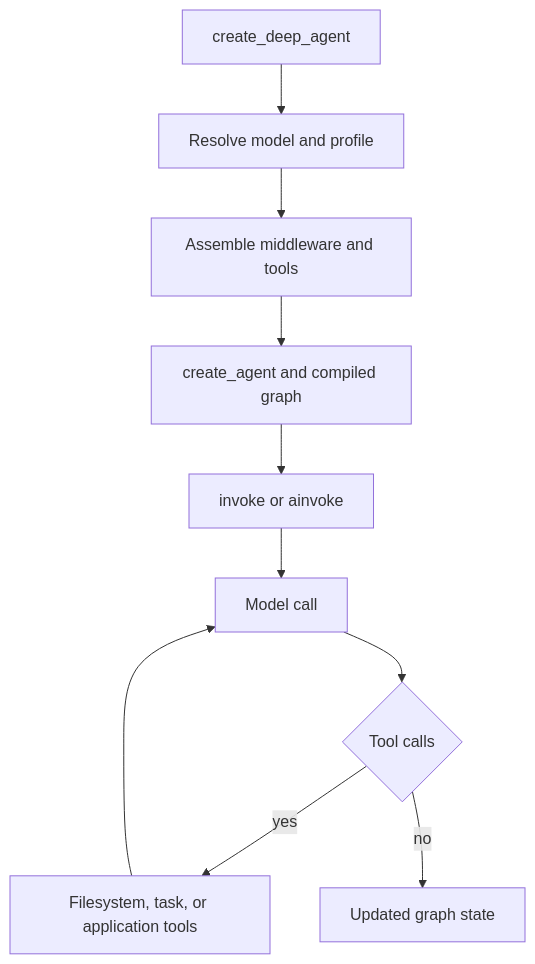
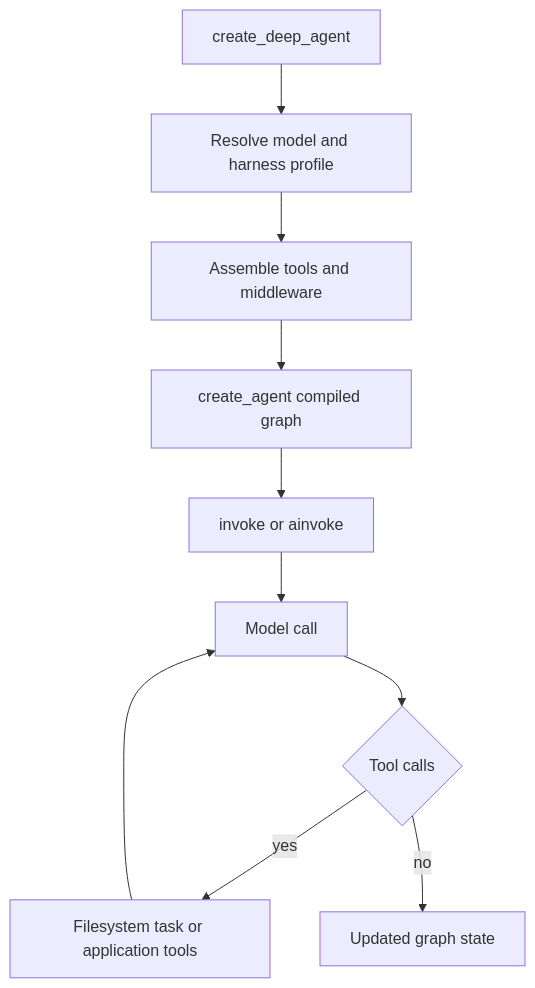
One commit to langchain-ai/deepagents changed the diagram in openwiki/workflows/build-a-deep-agent.md. Above: the diagram before and after it, drawn with Mermaid. The commit also changed other lines of this file and 63 other files, not shown here.

````diff
--- a/openwiki/workflows/build-a-deep-agent.md
+++ b/openwiki/workflows/build-a-deep-agent.md
@@ -54,12 +66,12 @@
 ```mermaid
 flowchart TD
-    Build["create_deep_agent"] --> Assemble["Resolve model and profile"]
-    Assemble --> Stack["Assemble middleware and tools"]
-    Stack --> Graph["create_agent and compiled graph"]
+    Build["create_deep_agent"] --> Assemble["Resolve model and harness profile"]
+    Assemble --> Stack["Assemble tools and middleware"]
+    Stack --> Graph["create_agent compiled graph"]
     Graph --> Invoke["invoke or ainvoke"]
     Invoke --> Model["Model call"]
     Model --> Decision{"Tool calls"}
-    Decision -->|"yes"| Tools["Filesystem, task, or application tools"]
-    Tools --> Model
+    Decision -->|"yes"| ToolRun["Filesystem task or application tools"]
+    ToolRun --> Model
     Decision -->|"no"| Result["Updated graph state"]
 ```
````
